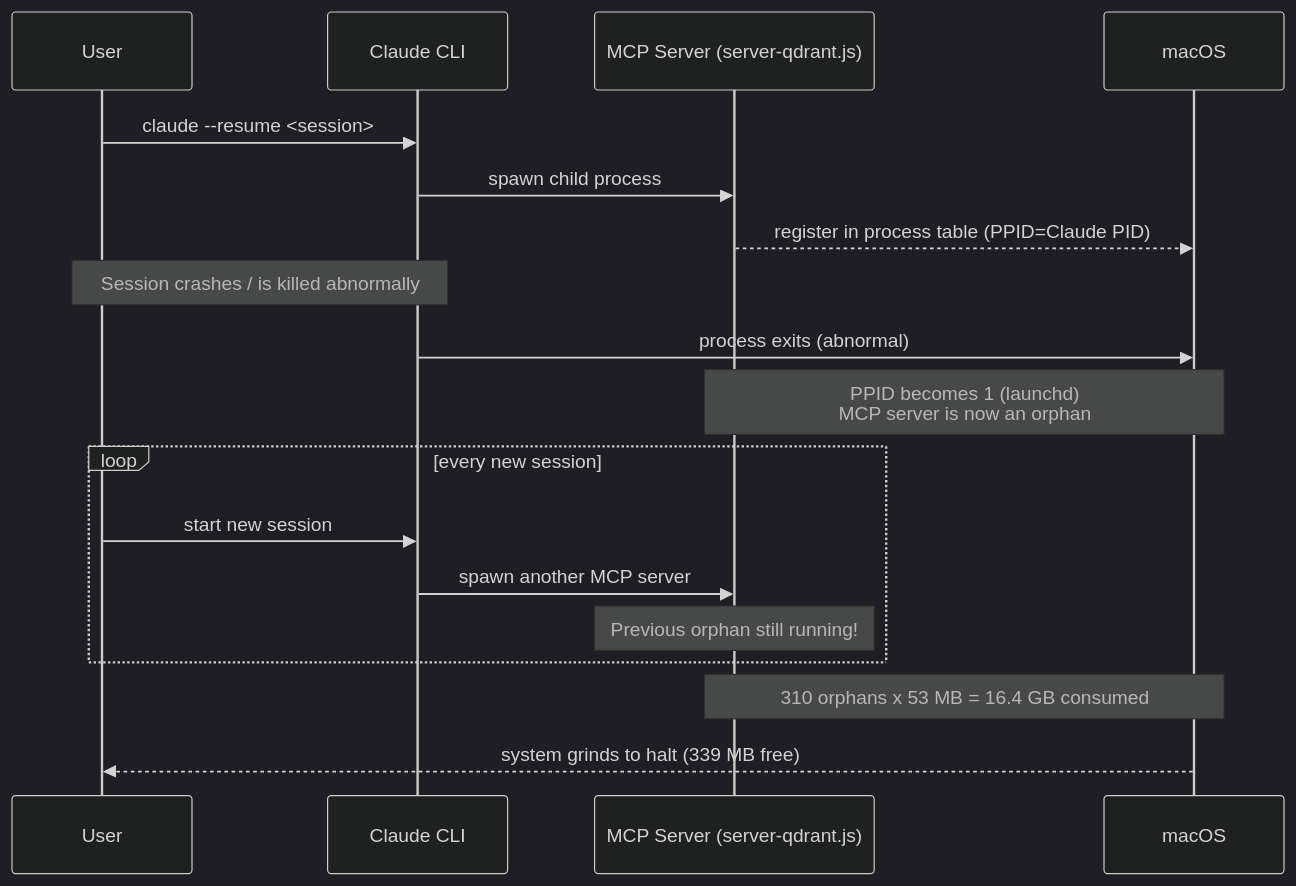
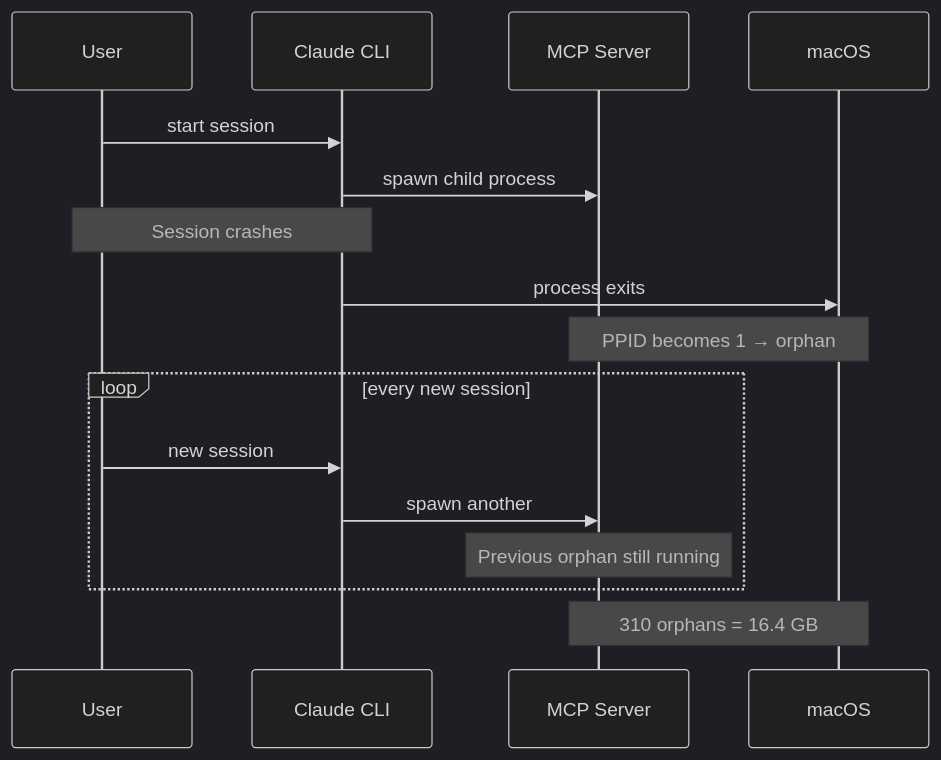
One commit to bianbiandashen/ai-watchdog changed the first of 3 diagrams in README.md. Above: the diagram before and after it, drawn with Mermaid (dark theme). The commit also changed other lines of this file, not shown here.

````diff
--- a/README.md
+++ b/README.md
@@ -278,25 +183,23 @@
 ```mermaid
 sequenceDiagram
     participant User
     participant Claude as Claude CLI
-    participant MCP as MCP Server (server-qdrant.js)
+    participant MCP as MCP Server
     participant OS as macOS
 
-    User->>Claude: claude --resume <session>
+    User->>Claude: start session
     Claude->>MCP: spawn child process
-    MCP-->>OS: register in process table (PPID=Claude PID)
 
-    Note over User,Claude: Session crashes / is killed abnormally
+    Note over User,Claude: Session crashes
 
-    Claude->>OS: process exits (abnormal)
-    Note over MCP,OS: PPID becomes 1 (launchd)<br/>MCP server is now an orphan
+    Claude->>OS: process exits
+    Note over MCP,OS: PPID becomes 1 → orphan
 
     loop every new session
-        User->>Claude: start new session
-        Claude->>MCP: spawn another MCP server
-        Note over MCP: Previous orphan still running!
+        User->>Claude: new session
+        Claude->>MCP: spawn another
+        Note over MCP: Previous orphan still running
     end
 
-    Note over MCP,OS: 310 orphans x 53 MB = 16.4 GB consumed
-    OS-->>User: system grinds to halt (339 MB free)
+    Note over MCP,OS: 310 orphans = 16.4 GB
 ```
````
